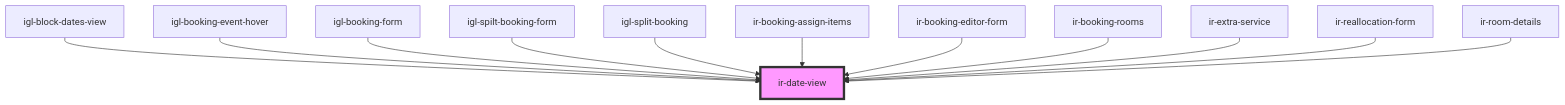
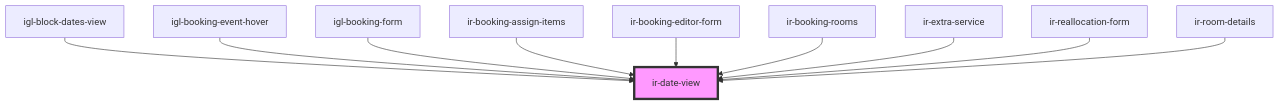
Before and after one commit to RonyRizk/ir-webcmp: the diagram in src/components/ir-date-view/readme.md, drawn with Mermaid. The commit also changed other lines of this file and 857 other files, not shown here.

````diff
--- a/src/components/ir-date-view/readme.md
+++ b/src/components/ir-date-view/readme.md
@@ -48,15 +45,13 @@
 ```mermaid
 graph TD;
   igl-block-dates-view --> ir-date-view
   igl-booking-event-hover --> ir-date-view
   igl-booking-form --> ir-date-view
-  igl-spilt-booking-form --> ir-date-view
-  igl-split-booking --> ir-date-view
   ir-booking-assign-items --> ir-date-view
   ir-booking-editor-form --> ir-date-view
   ir-booking-rooms --> ir-date-view
   ir-extra-service --> ir-date-view
   ir-reallocation-form --> ir-date-view
   ir-room-details --> ir-date-view
   style ir-date-view fill:#f9f,stroke:#333,stroke-width:4px
 ```
````
